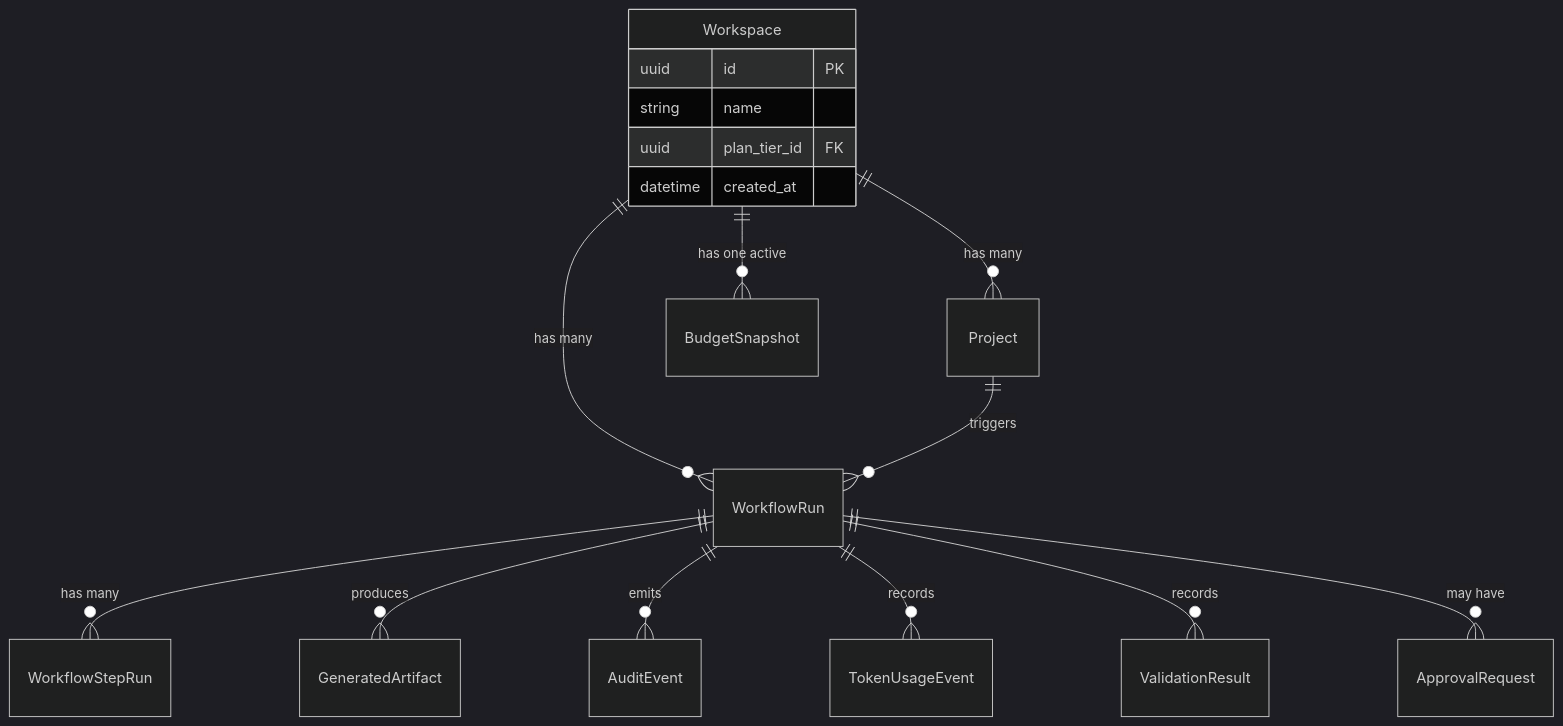
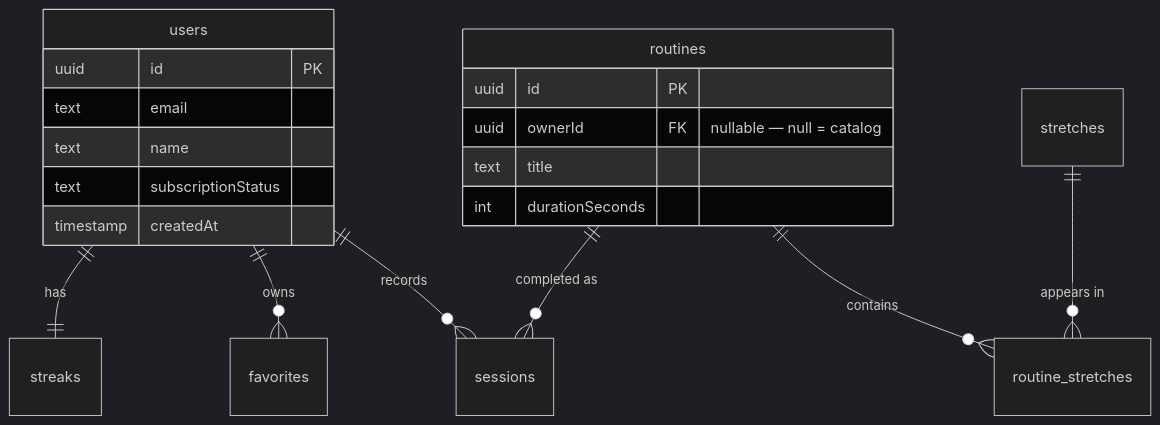
The third of 4 diagrams in .claude/skills/architecture-diagram-update.md (dhanujdev/bendro), drawn with Mermaid (dark theme) before and after one commit. The commit also changed other lines of this file and 29 other files, not shown here.

````diff
--- a/.claude/skills/architecture-diagram-update.md
+++ b/.claude/skills/architecture-diagram-update.md
@@ -53,21 +99,24 @@
 ```mermaid
 erDiagram
-    Workspace ||--o{ Project : "has many"
-    Workspace ||--o{ WorkflowRun : "has many"
-    Workspace ||--o{ BudgetSnapshot : "has one active"
-    Project ||--o{ WorkflowRun : "triggers"
-    WorkflowRun ||--o{ WorkflowStepRun : "has many"
-    WorkflowRun ||--o{ GeneratedArtifact : "produces"
-    WorkflowRun ||--o{ AuditEvent : "emits"
-    WorkflowRun ||--o{ TokenUsageEvent : "records"
-    WorkflowRun ||--o{ ValidationResult : "records"
-    WorkflowRun ||--o{ ApprovalRequest : "may have"
-    
-    Workspace {
+    users ||--o{ sessions : "records"
+    users ||--o{ favorites : "owns"
+    users ||--|| streaks : "has"
+    routines ||--o{ routine_stretches : "contains"
+    stretches ||--o{ routine_stretches : "appears in"
+    routines ||--o{ sessions : "completed as"
+
+    users {
       uuid id PK
-      string name
-      uuid plan_tier_id FK
-      datetime created_at
+      text email
+      text name
+      text subscriptionStatus
+      timestamp createdAt
     }
-    %% ... all entities with their key fields
+    routines {
+      uuid id PK
+      uuid ownerId FK "nullable — null = catalog"
+      text title
+      int durationSeconds
+    }
+    %% ... remaining tables
 ```
````
